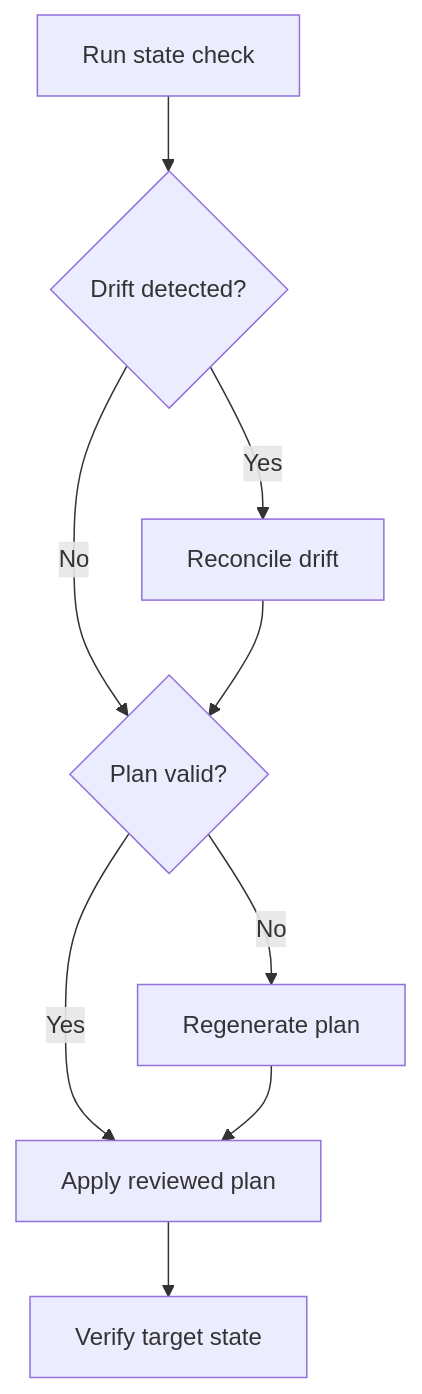
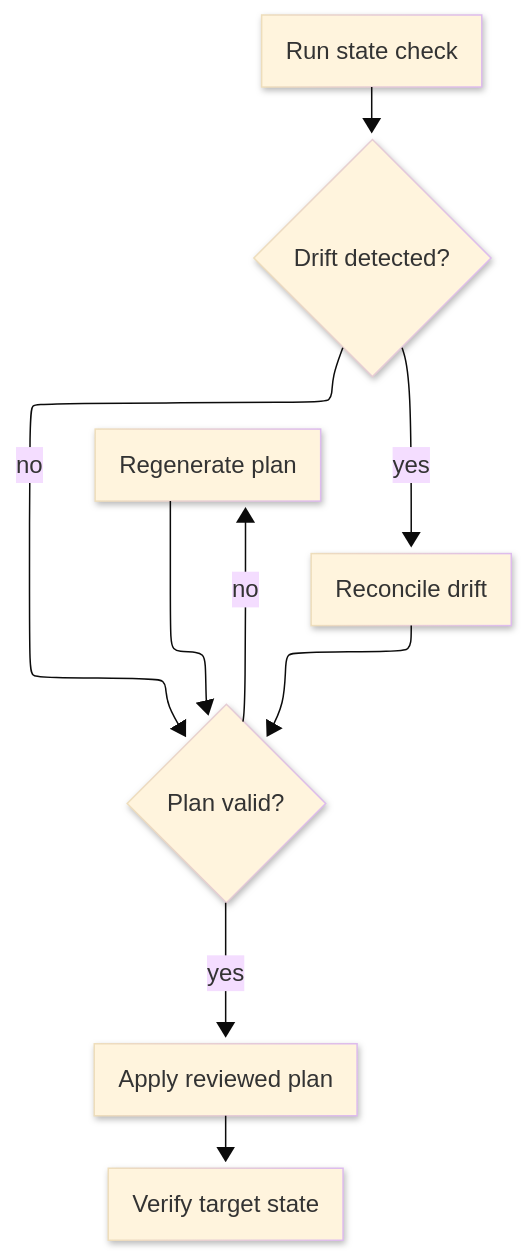
The diagram in docs/standards/task/how-to.md (bsamiee/Rasm), drawn with Mermaid before and after one commit. The commit also changed other lines of this file and 18 other files, not shown here.

Commit message:
Refine standards Mermaid diagrams

````diff
--- a/docs/standards/task/how-to.md
+++ b/docs/standards/task/how-to.md
@@ -235,12 +292,23 @@
-```mermaid conceptual
-%% branch-and-rejoin shape for a guide with multiple dependent signals
+```mermaid
+---
+config:
+  layout: elk
+  look: neo
+  theme: base
+  elk:
+    mergeEdges: false
+    nodePlacementStrategy: BRANDES_KOEPF
+    cycleBreakingStrategy: GREEDY_MODEL_ORDER
+---
 flowchart TD
+    accTitle: How-to branch and rejoin
+    accDescr: A state check branches on drift and plan validity, reconciles or regenerates when needed, rejoins at apply, and ends by verifying target state.
     StateCheck["Run state check"] --> Drift{"Drift detected?"}
-    Drift -- "No" --> Plan{"Plan valid?"}
-    Drift -- "Yes" --> Reconcile["Reconcile drift"]
+    Drift -->|no| Plan{"Plan valid?"}
+    Drift -->|yes| Reconcile["Reconcile drift"]
     Reconcile --> Plan
-    Plan -- "Yes" --> Apply["Apply reviewed plan"]
-    Plan -- "No" --> Regenerate["Regenerate plan"]
-    Regenerate --> Apply
+    Plan -->|yes| Apply["Apply reviewed plan"]
+    Plan -->|no| Regenerate["Regenerate plan"]
+    Regenerate --> Plan
     Apply --> Verify["Verify target state"]
 ```
````
